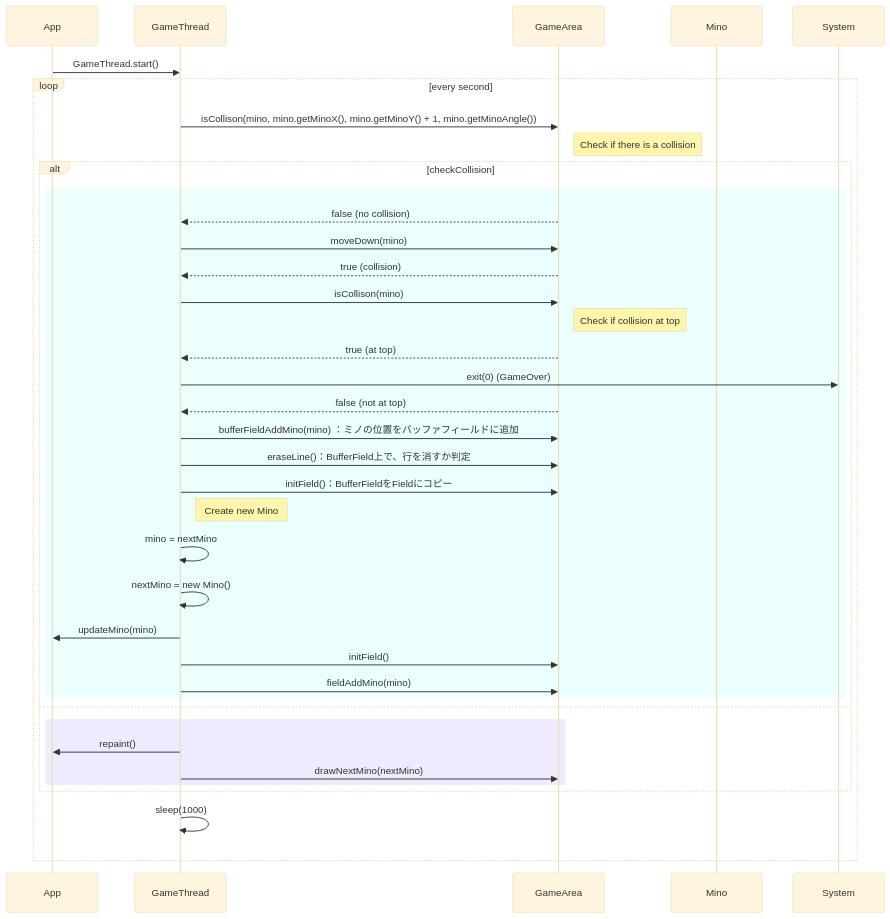
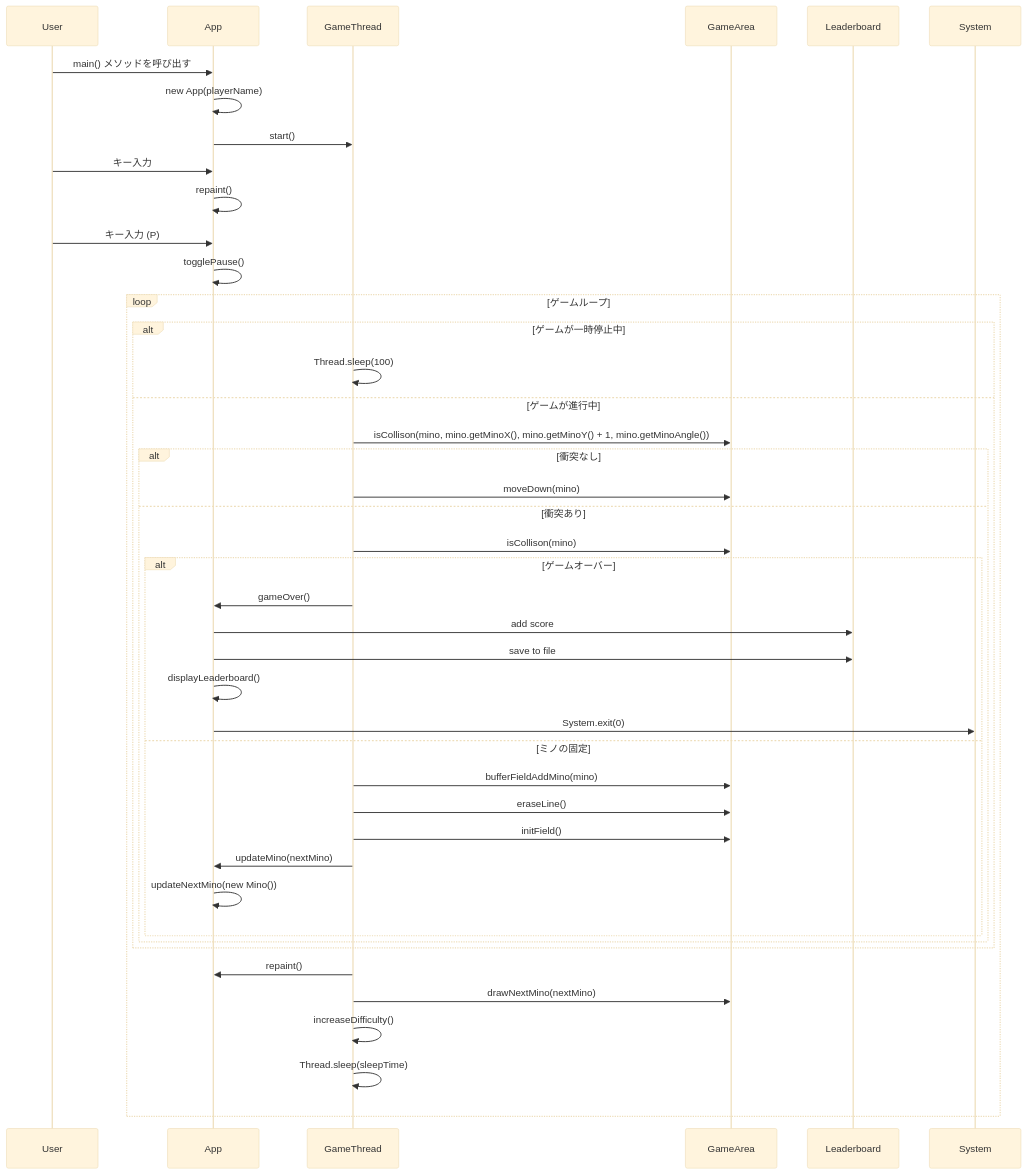
One commit to keigo66/teamB_TETRIS changed the diagram in sequenceDiagram.md. Above: the diagram before and after it, drawn with Mermaid (base theme).

Commit message:
fully Update sequenceDiagram.md

````diff
--- a/sequenceDiagram.md
+++ b/sequenceDiagram.md
@@ -1,48 +1,54 @@
 ```mermaid
 
 sequenceDiagram
+    participant User
     participant App
     participant GameThread
     participant GameArea
-    participant Mino
-    
-    participant System
-     App->>GameThread : GameThread.start()
-    loop every second
-        GameThread ->> GameArea: isCollison(mino, mino.getMinoX(), mino.getMinoY() + 1, mino.getMinoAngle())
-        note right of GameArea: Check if there is a collision
-        
-        alt checkCollision 
-            rect rgba(157 , 252, 254, 0.2)
-            GameArea -->> GameThread: false (no collision)
-            GameThread ->> GameArea: moveDown(mino)
-            
-            GameArea -->> GameThread: true (collision)
-            GameThread ->> GameArea: isCollison(mino)
-            
-            note right of GameArea: Check if collision at top
-            GameArea -->> GameThread: true (at top)
-            GameThread ->> System: exit(0) (GameOver)
-            
-            GameArea -->> GameThread: false (not at top)
-            GameThread ->> GameArea: bufferFieldAddMino(mino) ：ミノの位置をバッファフィールドに追加
-            GameThread ->> GameArea: eraseLine()：BufferField上で、行を消すか判定
-            GameThread ->> GameArea: initField()：BufferFieldをFieldにコピー
-            
-            note right of GameThread: Create new Mino
-            GameThread ->> GameThread: mino = nextMino
-            GameThread ->> GameThread: nextMino = new Mino()
-            GameThread ->> App: updateMino(mino)
+    participant Leaderboard
 
-            GameThread ->> GameArea: initField()
-            GameThread ->> GameArea: fieldAddMino(mino)
+    %% ゲーム開始
+    User->>App: main() メソッドを呼び出す
+    App->>App: new App(playerName)
+    App->>GameThread: start()
+
+    %% ミノの操作
+    User->>App: キー入力
+    App->>App: repaint()
+
+
+    %% 一時停止
+    User->>App: キー入力 (P)
+    App->>App: togglePause()
+
+    %% ゲームスレッドの処理
+    loop ゲームループ
+        alt ゲームが一時停止中
+            GameThread->>GameThread: Thread.sleep(100)
+        else ゲームが進行中
+            GameThread->>GameArea: isCollison(mino, mino.getMinoX(), mino.getMinoY() + 1, mino.getMinoAngle())
+            alt 衝突なし
+                GameThread->>GameArea: moveDown(mino)
+            else 衝突あり
+                GameThread->>GameArea: isCollison(mino)
+                alt ゲームオーバー
+                    GameThread->>App: gameOver()
+                    App->>Leaderboard: add score
+                    App->>Leaderboard: save to file
+                    App->>App: displayLeaderboard()
+                    App->>System: System.exit(0)
+                else ミノの固定
+                    GameThread->>GameArea: bufferFieldAddMino(mino)
+                    GameThread->>GameArea: eraseLine()
+                    GameThread->>GameArea: initField()
+                    GameThread->>App: updateMino(nextMino)
+                    App->>App: updateNextMino(new Mino())
+                end
             end
-        else
-        rect rgba(167 ,153, 245,0.2)
-        GameThread ->> App: repaint()
-        GameThread ->> GameArea: drawNextMino(nextMino)
         end
-        end
-        GameThread ->> GameThread: sleep(1000)
+        GameThread->>App: repaint()
+        GameThread->>GameArea: drawNextMino(nextMino)
+        GameThread->>GameThread: increaseDifficulty()
+        GameThread->>GameThread: Thread.sleep(sleepTime)
     end
 ```
````
